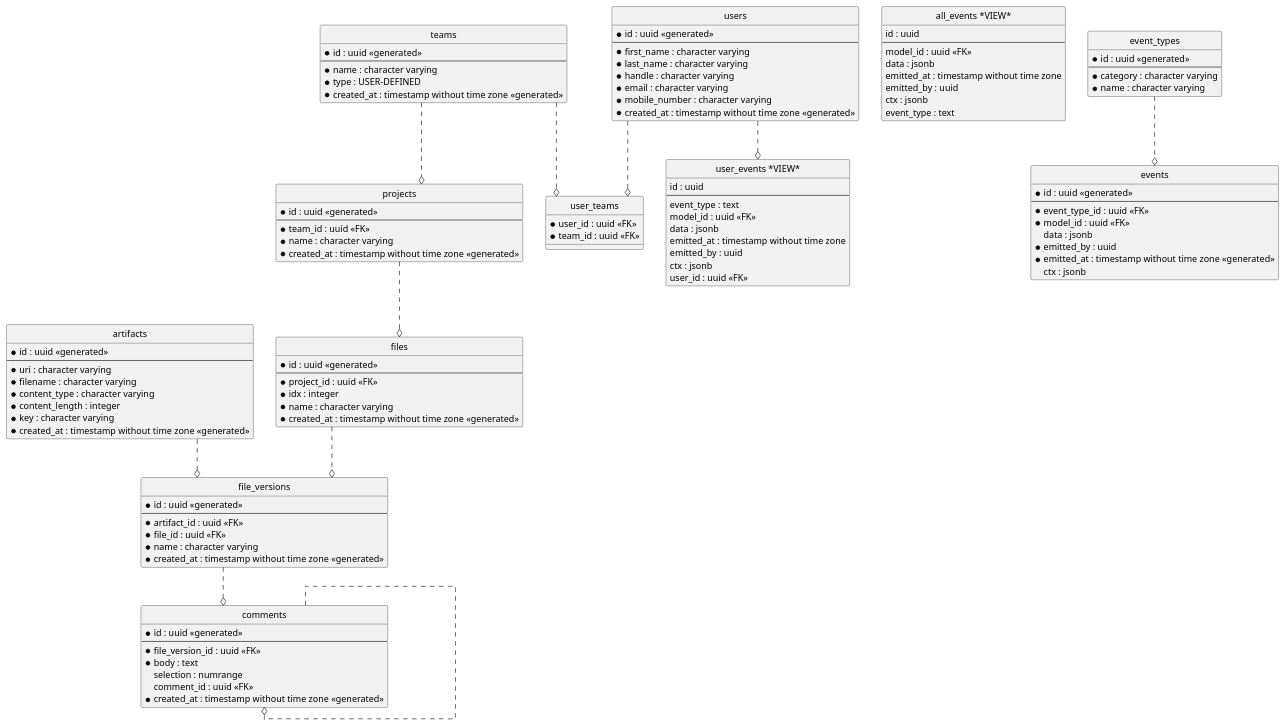
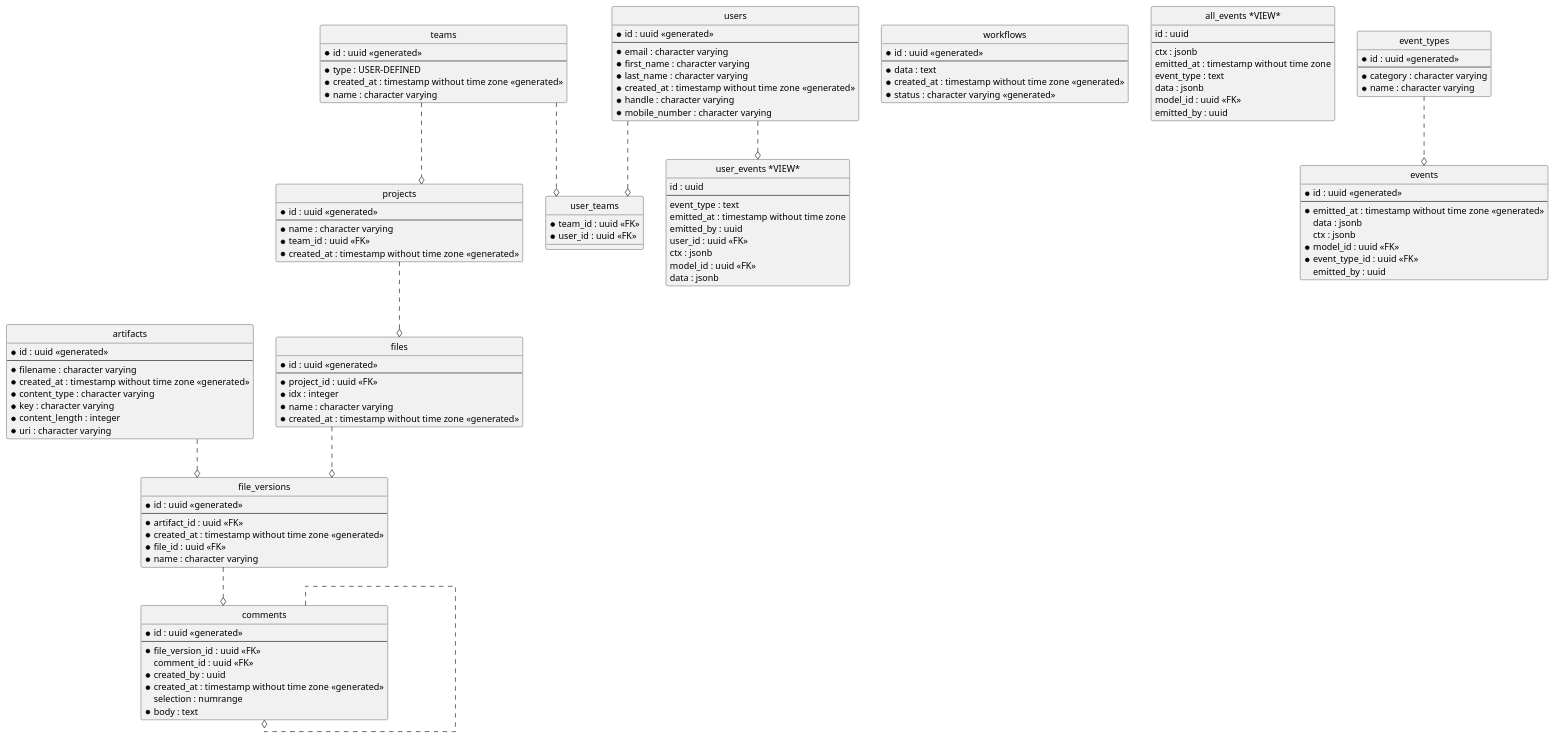
One commit to skuttleman/audiophile changed the diagram in docs/diagrams/erd.puml. Above: the diagram before and after it, drawn with PlantUML. The commit also changed 73 other files, not shown here.

```diff
--- a/docs/diagrams/erd.puml
+++ b/docs/diagrams/erd.puml
@@ -1,128 +1,137 @@
 @startuml
 hide circle
 skinparam linetype ortho
 
 entity "artifacts" as artifacts {
   * id : uuid <<generated>>
   --
+  * filename : character varying
+  * created_at : timestamp without time zone <<generated>>
+  * content_type : character varying
+  * key : character varying
+  * content_length : integer
   * uri : character varying
-  * filename : character varying
-  * content_type : character varying
-  * content_length : integer
-  * key : character varying
-  * created_at : timestamp without time zone <<generated>>
 }
 
 entity "teams" as teams {
   * id : uuid <<generated>>
   --
-  * name : character varying
   * type : USER-DEFINED
   * created_at : timestamp without time zone <<generated>>
+  * name : character varying
+}
+
+entity "workflows" as workflows {
+  * id : uuid <<generated>>
+  --
+  * data : text
+  * created_at : timestamp without time zone <<generated>>
+  * status : character varying <<generated>>
 }
 
 entity "files" as files {
   * id : uuid <<generated>>
   --
   * project_id : uuid <<FK>>
   * idx : integer
   * name : character varying
   * created_at : timestamp without time zone <<generated>>
 }
 
 entity "all_events *VIEW*" as all_events {
   id : uuid
   --
+  ctx : jsonb
+  emitted_at : timestamp without time zone
+  event_type : text
+  data : jsonb
   model_id : uuid <<FK>>
-  data : jsonb
-  emitted_at : timestamp without time zone
   emitted_by : uuid
-  ctx : jsonb
-  event_type : text
 }
 
 entity "event_types" as event_types {
   * id : uuid <<generated>>
   --
   * category : character varying
   * name : character varying
 }
 
 entity "users" as users {
   * id : uuid <<generated>>
   --
+  * email : character varying
   * first_name : character varying
   * last_name : character varying
+  * created_at : timestamp without time zone <<generated>>
   * handle : character varying
-  * email : character varying
   * mobile_number : character varying
-  * created_at : timestamp without time zone <<generated>>
 }
 
 entity "file_versions" as file_versions {
   * id : uuid <<generated>>
   --
   * artifact_id : uuid <<FK>>
+  * created_at : timestamp without time zone <<generated>>
   * file_id : uuid <<FK>>
   * name : character varying
-  * created_at : timestamp without time zone <<generated>>
 }
 
 entity "events" as events {
   * id : uuid <<generated>>
   --
+  * emitted_at : timestamp without time zone <<generated>>
+  data : jsonb
+  ctx : jsonb
+  * model_id : uuid <<FK>>
   * event_type_id : uuid <<FK>>
-  * model_id : uuid <<FK>>
-  data : jsonb
-  * emitted_by : uuid
-  * emitted_at : timestamp without time zone <<generated>>
-  ctx : jsonb
+  emitted_by : uuid
 }
 
 entity "comments" as comments {
   * id : uuid <<generated>>
   --
   * file_version_id : uuid <<FK>>
+  comment_id : uuid <<FK>>
+  * created_by : uuid
+  * created_at : timestamp without time zone <<generated>>
+  selection : numrange
   * body : text
-  selection : numrange
-  comment_id : uuid <<FK>>
-  * created_at : timestamp without time zone <<generated>>
 }
 
 entity "projects" as projects {
   * id : uuid <<generated>>
   --
+  * name : character varying
   * team_id : uuid <<FK>>
-  * name : character varying
   * created_at : timestamp without time zone <<generated>>
 }
 
 entity "user_teams" as user_teams {
+  * team_id : uuid <<FK>>
   * user_id : uuid <<FK>>
-  * team_id : uuid <<FK>>
 }
 
 entity "user_events *VIEW*" as user_events {
   id : uuid
   --
   event_type : text
+  emitted_at : timestamp without time zone
+  emitted_by : uuid
+  user_id : uuid <<FK>>
+  ctx : jsonb
   model_id : uuid <<FK>>
   data : jsonb
-  emitted_at : timestamp without time zone
-  emitted_by : uuid
-  ctx : jsonb
-  user_id : uuid <<FK>>
 }
 
 projects ..o files
 artifacts ..o file_versions
 files ..o file_versions
 event_types ..o events
 file_versions ..o comments
 comments ..o comments
 teams ..o projects
+teams ..o user_teams
 users ..o user_teams
-teams ..o user_teams
 users ..o user_events
 
 @enduml
```
